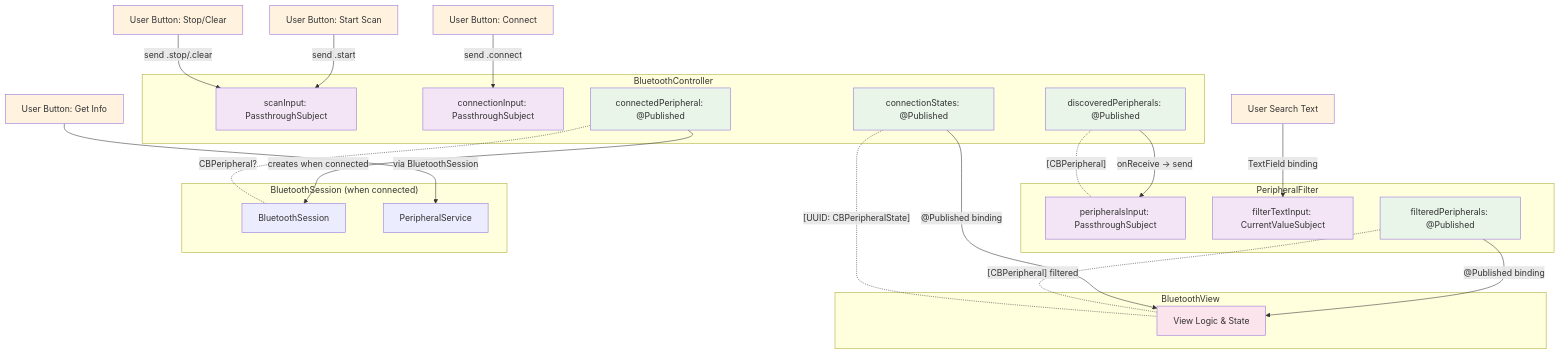
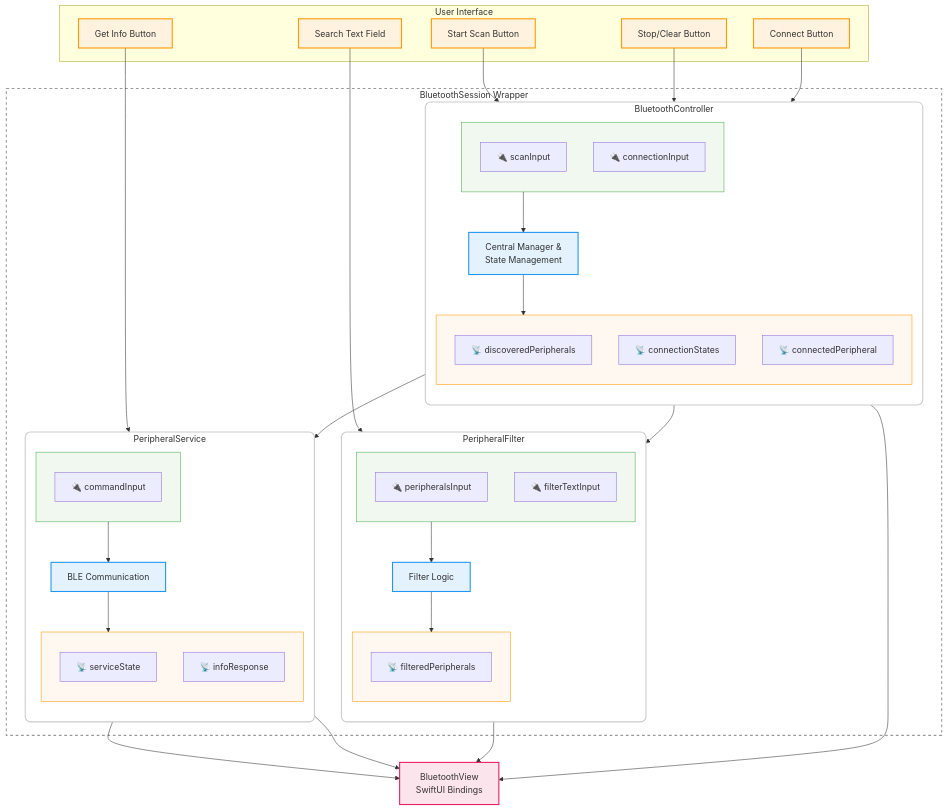
One commit to maxim-biolinq/BluetoothDemo changed the diagram in BluetoothComponents/Sources/BluetoothComponents/docs/system-wiring-diagram.md. Above: the diagram before and after it, drawn with Mermaid. The commit also changed 4 other files, not shown here.

````diff
--- a/BluetoothComponents/Sources/BluetoothComponents/docs/system-wiring-diagram.md
+++ b/BluetoothComponents/Sources/BluetoothComponents/docs/system-wiring-diagram.md
@@ -7,64 +7,95 @@
 ```mermaid
 graph TD
-    %% External Inputs
-    UT[User Search Text]
-    UB1[User Button: Start Scan]
-    UB2[User Button: Stop/Clear]
-    UB3[User Button: Connect]
-    UB4[User Button: Get Info]
-
-    %% Main Components
-    subgraph "BluetoothController"
-        BSI[scanInput: PassthroughSubject]
-        BCI[connectionInput: PassthroughSubject]
-        BSO[discoveredPeripherals: @Published]
-        BCO[connectionStates: @Published]
-        BCP[connectedPeripheral: @Published]
+    %% User Interface Layer
+    subgraph "User Interface"
+        UT[Search Text Field]
+        UB1[Start Scan Button]
+        UB2[Stop/Clear Button]
+        UB3[Connect Button]
+        UB4[Get Info Button]
     end
 
-    subgraph "PeripheralFilter"
-        PFI1[peripheralsInput: PassthroughSubject]
-        PFI2[filterTextInput: CurrentValueSubject]
-        PFO[filteredPeripherals: @Published]
+    %% BluetoothSession Boundary
+    subgraph BS["BluetoothSession Wrapper"]
+        %% BluetoothController Component
+        subgraph BC_Group["BluetoothController"]
+            direction TB
+            subgraph BC_IN[" "]
+                BCSI["🔌 scanInput"]
+                BCCI["🔌 connectionInput"]
+            end
+            BC["Central Manager &<br/>State Management"]
+            subgraph BC_OUT[" "]
+                BSO["📡 discoveredPeripherals"]
+                BCO["📡 connectionStates"]
+                BCP["📡 connectedPeripheral"]
+            end
+            BC_IN --> BC --> BC_OUT
+        end
+
+        %% PeripheralFilter Component
+        subgraph PF_Group["PeripheralFilter"]
+            direction TB
+            subgraph PF_IN[" "]
+                PFI1["🔌 peripheralsInput"]
+                PFI2["🔌 filterTextInput"]
+            end
+            PF["Filter Logic"]
+            subgraph PF_OUT[" "]
+                PFO["📡 filteredPeripherals"]
+            end
+            PF_IN --> PF --> PF_OUT
+        end
+
+        %% PeripheralService Component
+        subgraph PS_Group["PeripheralService"]
+            direction TB
+            subgraph PS_IN[" "]
+                PSCI["🔌 commandInput"]
+            end
+            PS["BLE Communication"]
+            subgraph PS_OUT[" "]
+                PSSO["📡 serviceState"]
+                PSCO["📡 infoResponse"]
+            end
+            PS_IN --> PS --> PS_OUT
+        end
     end
 
-    subgraph "BluetoothSession (when connected)"
-        BSS[BluetoothSession]
-        PS[PeripheralService]
-    end
+    %% UI View Layer
+    BV[BluetoothView<br/>SwiftUI Bindings]
 
-    subgraph "BluetoothView"
-        BV[View Logic & State]
-    end
+    %% User Input Connections
+    UT --> PFI2
+    UB1 --> BCSI
+    UB2 --> BCSI
+    UB3 --> BCCI
+    UB4 --> PSCI
 
-    %% User Input Wiring
-    UT --> |TextField binding| PFI2
-    UB1 --> |send .start| BSI
-    UB2 --> |send .stop/.clear| BSI
-    UB3 --> |send .connect| BCI
-    UB4 --> |via BluetoothSession| PS
+    %% Component Interconnections
+    BSO --> PFI1
+    BCP --> PS
 
-    %% Component Wiring
-    BSO --> |"onReceive -> send"| PFI1
-    PFO --> |"@Published binding"| BV
-    BCO --> |"@Published binding"| BV
-    BCP --> |"creates when connected"| BSS
-
-    %% Data Flow Labels
-    BSO -.- |"[CBPeripheral]"| PFI1
-    PFO -.- |"[CBPeripheral] filtered"| BV
-    BCO -.- |"[UUID: CBPeripheralState]"| BV
-    BCP -.- |"CBPeripheral?"| BSS
+    %% Output to UI
+    PFO --> BV
+    BCO --> BV
+    PSSO --> BV
+    PSCO --> BV
 
     %% Styling
-    classDef userInput fill:#fff3e0
-    classDef component fill:#e1f5fe
-    classDef input fill:#f3e5f5
-    classDef output fill:#e8f5e8
-    classDef view fill:#fce4ec
+    classDef userInput fill:#fff3e0,stroke:#ff9800,stroke-width:2px
+    classDef componentCore fill:#e3f2fd,stroke:#2196f3,stroke-width:2px
+    classDef inputSection fill:#f0f8f0,stroke:#4caf50,stroke-width:1px
+    classDef outputSection fill:#fff8f0,stroke:#ff9800,stroke-width:1px
+    classDef view fill:#fce4ec,stroke:#e91e63,stroke-width:2px
+    classDef wrapper fill:#ffffff,stroke:#999999,stroke-width:2px,stroke-dasharray: 5 5
+    classDef componentGroup fill:#ffffff,stroke:#cccccc,stroke-width:2px,rx:10,ry:10
 
     class UT,UB1,UB2,UB3,UB4 userInput
-    class BSI,BCI,PFI1,PFI2 input
-    class BSO,BCO,BCP,PFO output
+    class BC,PF,PS componentCore
+    class BC_IN,PF_IN,PS_IN inputSection
+    class BC_OUT,PF_OUT,PS_OUT outputSection
     class BV view
+    class BS wrapper
+    class BC_Group,PF_Group,PS_Group componentGroup
 ```
````
